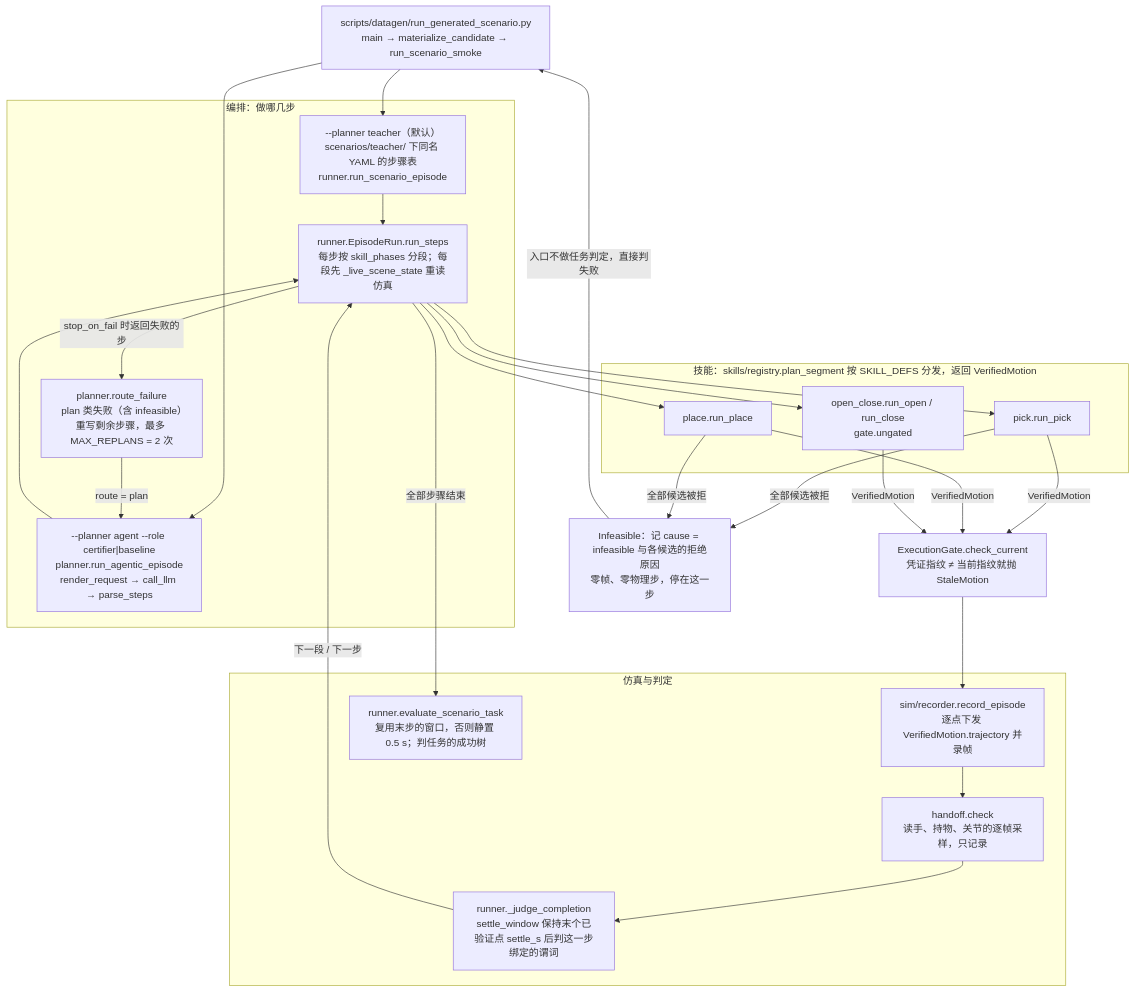
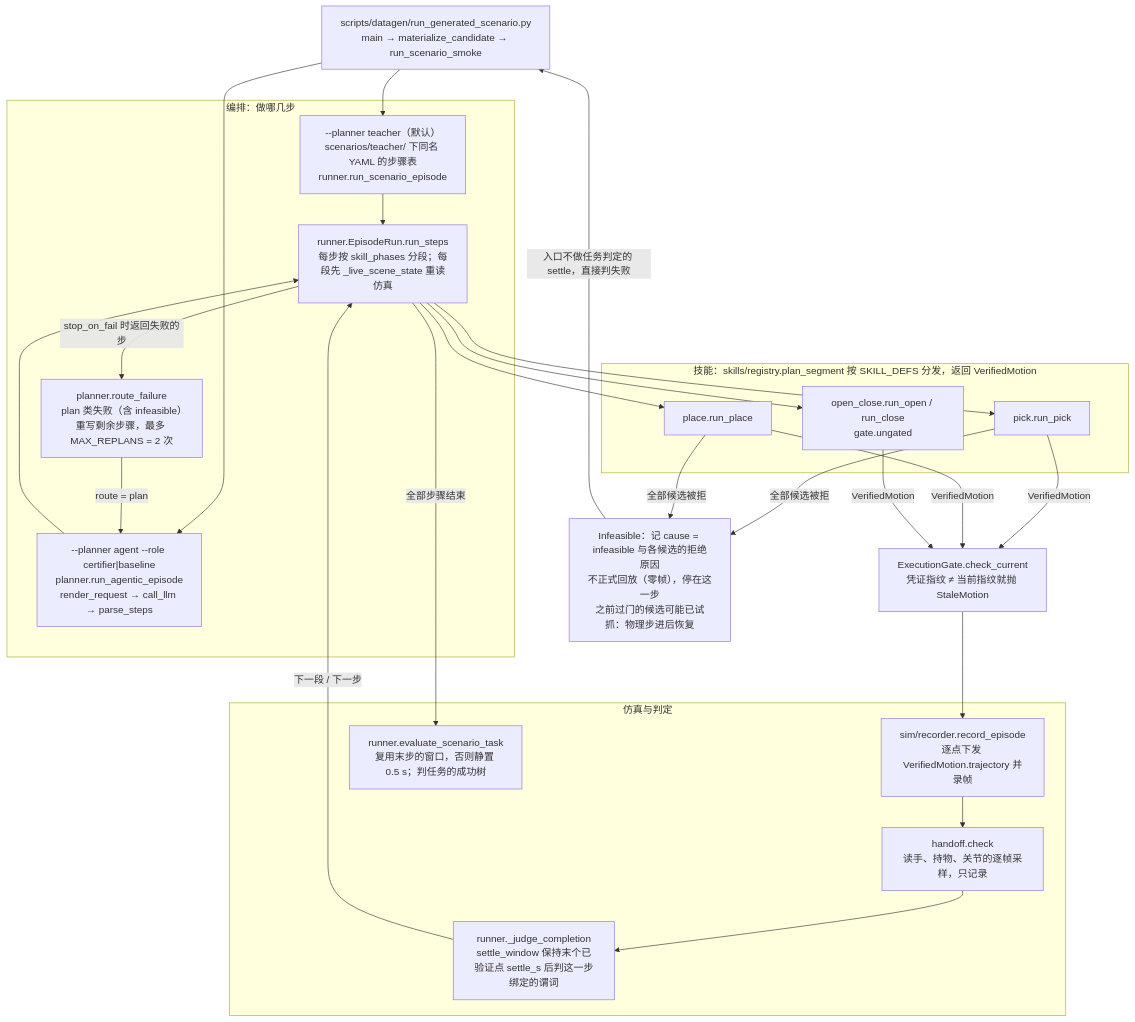
The first of 2 diagrams in docs/call-chain.md (ZJLi2013/RoboSmith), drawn with Mermaid before and after one commit. The commit also changed 1 other file, not shown here.

Commit message:
docs: an infeasible step replays nothing, and is free of physics only when no candidate reached its trial

````diff
--- a/docs/call-chain.md
+++ b/docs/call-chain.md
@@ -11,39 +11,39 @@
 ```mermaid
 flowchart TD
     CLI["scripts/datagen/run_generated_scenario.py<br/>main → materialize_candidate → run_scenario_smoke"]
 
     subgraph ORCH["编排：做哪几步"]
         T["--planner teacher（默认）<br/>scenarios/teacher/ 下同名 YAML 的步骤表<br/>runner.run_scenario_episode"]
         A["--planner agent --role certifier|baseline<br/>planner.run_agentic_episode<br/>render_request → call_llm → parse_steps"]
         RF["planner.route_failure<br/>plan 类失败（含 infeasible）重写剩余步骤，最多 MAX_REPLANS = 2 次"]
         RUN["runner.EpisodeRun.run_steps<br/>每步按 skill_phases 分段；每段先 _live_scene_state 重读仿真"]
     end
 
     subgraph SKILL["技能：skills/registry.plan_segment 按 SKILL_DEFS 分发，返回 VerifiedMotion"]
         PICK["pick.run_pick"]
         PLACE["place.run_place"]
         OC["open_close.run_open / run_close<br/>gate.ungated"]
     end
 
-    INF["Infeasible：记 cause = infeasible 与各候选的拒绝原因<br/>零帧、零物理步，停在这一步"]
+    INF["Infeasible：记 cause = infeasible 与各候选的拒绝原因<br/>不正式回放（零帧），停在这一步<br/>之前过门的候选可能已试抓：物理步进后恢复"]
     CUR["ExecutionGate.check_current<br/>凭证指纹 ≠ 当前指纹就抛 StaleMotion"]
 
     subgraph SIM["仿真与判定"]
         REC["sim/recorder.record_episode<br/>逐点下发 VerifiedMotion.trajectory 并录帧"]
         HO["handoff.check<br/>读手、持物、关节的逐帧采样，只记录"]
         JC["runner._judge_completion<br/>settle_window 保持末个已验证点 settle_s 后判这一步绑定的谓词"]
         TASK["runner.evaluate_scenario_task<br/>复用末步的窗口，否则静置 0.5 s；判任务的成功树"]
     end
 
     CLI --> T & A
     T --> RUN
     A --> RUN
     RUN -->|stop_on_fail 时返回失败的步| RF
     RF -->|route = plan| A
     RUN --> PICK & PLACE & OC
     PICK & PLACE -->|全部候选被拒| INF
     PICK & PLACE & OC -->|VerifiedMotion| CUR --> REC
     REC --> HO --> JC -->|下一段 / 下一步| RUN
     RUN -->|全部步骤结束| TASK
-    INF -->|入口不做任务判定，直接判失败| CLI
+    INF -->|入口不做任务判定的 settle，直接判失败| CLI
 ```
````
